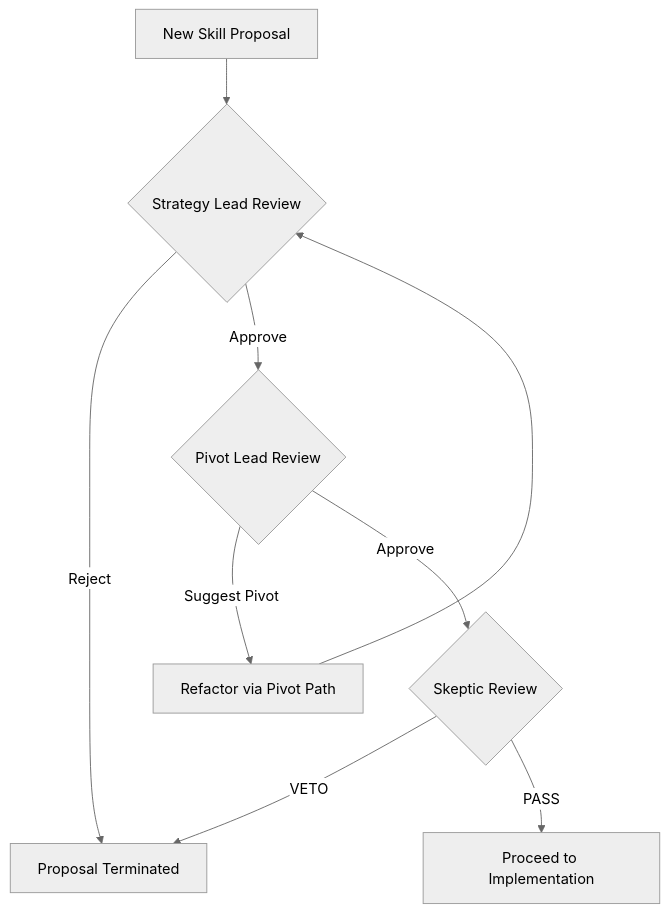
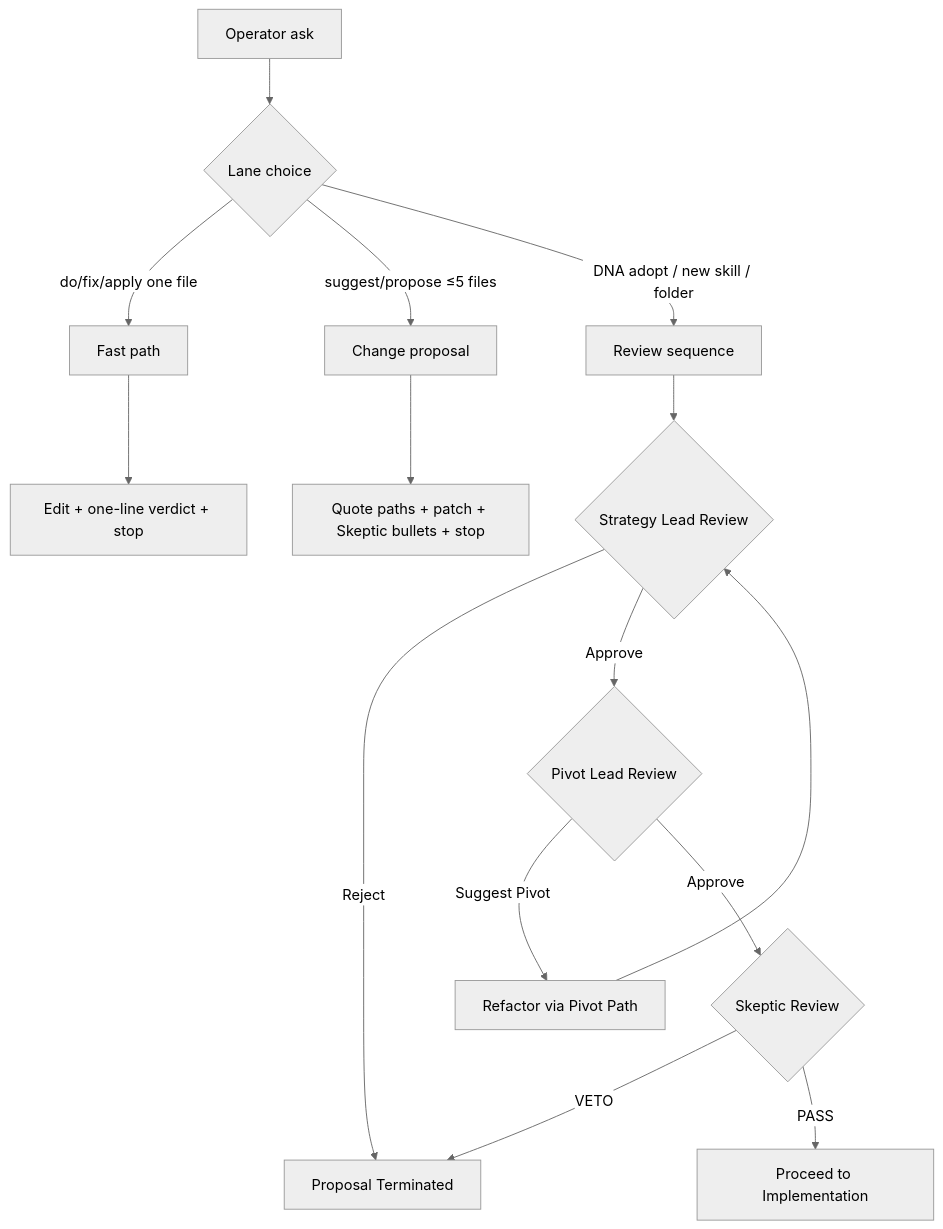
Before and after one commit to graphedge/SkillStack: the diagram in .github/skills/board/workflow.md, drawn with Mermaid (neutral theme). The commit also changed other lines of this file and 32 other files, not shown here.

First line of the commit message:
Export grokbot-soul draft: 027 Change proposal lane

````diff
--- a/.github/skills/board/workflow.md
+++ b/.github/skills/board/workflow.md
@@ -53,11 +84,17 @@
 ```mermaid
 graph TD
-    Start[New Skill Proposal] --> Strategy{Strategy Lead Review}
+    Ask[Operator ask] --> Route{Lane choice}
+    Route -->|do/fix/apply one file| Fast[Fast path]
+    Route -->|suggest/propose ≤5 files| Change[Change proposal]
+    Route -->|DNA adopt / new skill / folder| Review[Review sequence]
+    Fast --> FastEnd[Edit + one-line verdict + stop]
+    Change --> ChangeEnd[Quote paths + patch + Skeptic bullets + stop]
+    Review --> Strategy{Strategy Lead Review}
     Strategy -- Reject --> End[Proposal Terminated]
     Strategy -- Approve --> Pivot{Pivot Lead Review}
     Pivot -- Suggest Pivot --> Refactor[Refactor via Pivot Path]
     Refactor --> Strategy
     Pivot -- Approve --> Skeptic{Skeptic Review}
     Skeptic -- VETO --> End
     Skeptic -- PASS --> Implement[Proceed to Implementation]
 ```
````
